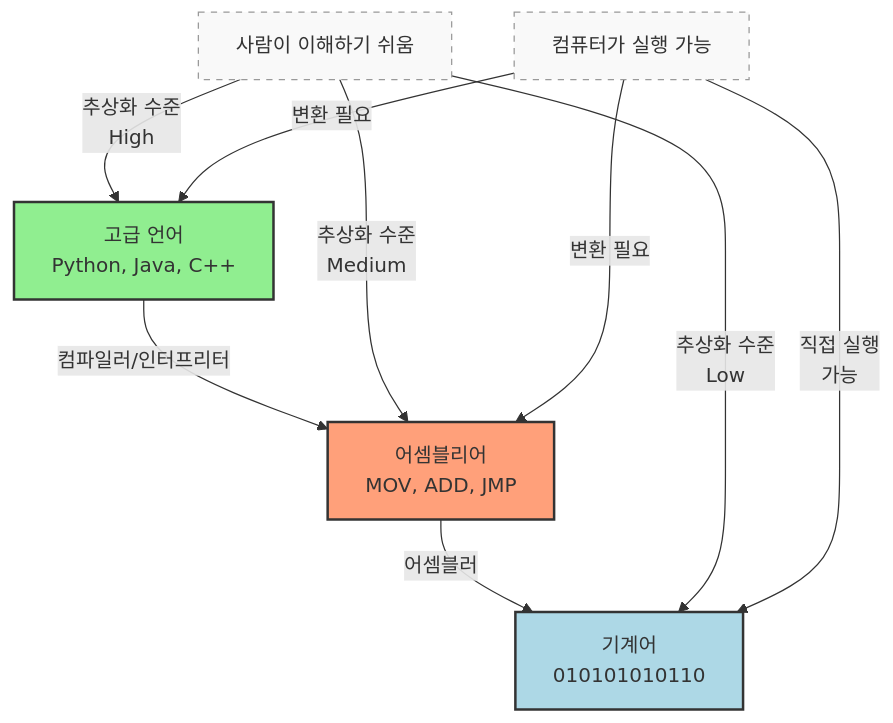
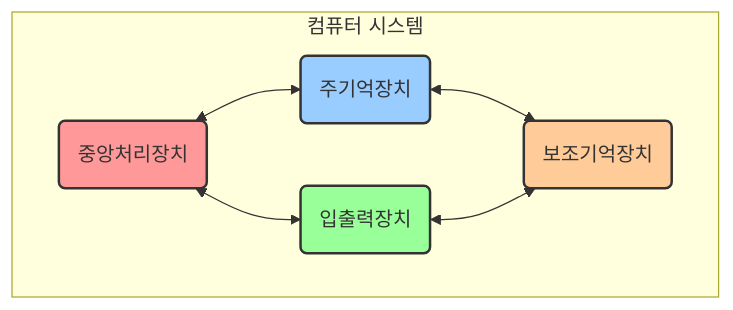
One commit to hanaoverride/data-scientist-cookbook-for-korean changed the first of 2 diagrams in Chapter I. 기반지식 학습/1. 기초 CS 이론/2. 컴퓨터 개론/1. 컴퓨터 구조.md. Above: the diagram before and after it, drawn with Mermaid. The commit also changed other lines of this file and 132 other files, not shown here.

````diff
--- a/Chapter I. 기반지식 학습/1. 기초 CS 이론/2. 컴퓨터 개론/1. 컴퓨터 구조.md
+++ b/Chapter I. 기반지식 학습/1. 기초 CS 이론/2. 컴퓨터 개론/1. 컴퓨터 구조.md
@@ -55,19 +31,14 @@
 ```mermaid
 graph TD
-    A[고급 언어<br>Python, Java, C++] -->|컴파일러/인터프리터| B[어셈블리어<br>MOV, ADD, JMP]
-    B -->|어셈블러| C[기계어<br>010101010110]
-    
-    D[사람이 이해하기 쉬움] -->|추상화 수준<br>High| A
-    D -->|추상화 수준<br>Medium| B
-    D -->|추상화 수준<br>Low| C
-    
-    E[컴퓨터가 실행 가능] -->|직접 실행<br>가능| C
-    E -->|변환 필요| B
-    E -->|변환 필요| A
-    
-    style A fill:#90EE90,stroke:#333,stroke-width:2px
-    style B fill:#FFA07A,stroke:#333,stroke-width:2px
-    style C fill:#ADD8E6,stroke:#333,stroke-width:2px
-    style D fill:#f9f9f9,stroke:#999,stroke-width:1px,stroke-dasharray: 5 5
-    style E fill:#f9f9f9,stroke:#999,stroke-width:1px,stroke-dasharray: 5 5
+    subgraph "컴퓨터 시스템"
+        CPU(중앙처리장치) <--> Memory(주기억장치)
+        CPU <--> IO(입출력장치)
+        Memory <--> Storage(보조기억장치)
+        IO <--> Storage
+    end
+
+    style CPU fill:#FF9999,stroke:#333,stroke-width:2px
+    style Memory fill:#99CCFF,stroke:#333,stroke-width:2px
+    style IO fill:#99FF99,stroke:#333,stroke-width:2px
+    style Storage fill:#FFCC99,stroke:#333,stroke-width:2px
 ```
````
